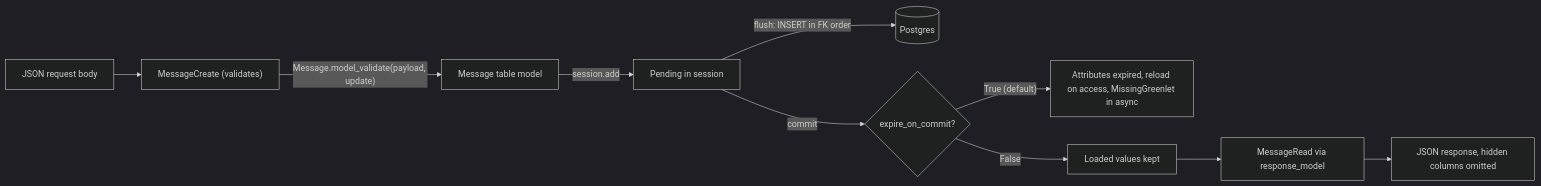
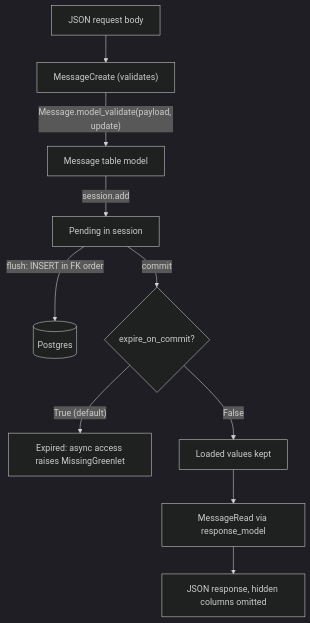
One commit to lovishmahajan97/agentic-learning changed the diagram in content/fastapi-for-ai/sqlalchemy-sqlmodel.md. Above: the diagram before and after it, drawn with Mermaid (dark theme). The commit also changed other lines of this file and 81 other files, not shown here.

````diff
--- a/content/fastapi-for-ai/sqlalchemy-sqlmodel.md
+++ b/content/fastapi-for-ai/sqlalchemy-sqlmodel.md
@@ -113,12 +113,12 @@
 ```mermaid
-flowchart LR
+flowchart TD
     B["JSON request body"] --> C["MessageCreate (validates)"]
     C -->|"Message.model_validate(payload, update)"| T["Message table model"]
     T -->|"session.add"| P["Pending in session"]
     P -->|"flush: INSERT in FK order"| DB[("Postgres")]
     P -->|"commit"| E{"expire_on_commit?"}
-    E -->|"True (default)"| X["Attributes expired, reload on access, MissingGreenlet in async"]
+    E -->|"True (default)"| X["Expired: async access raises MissingGreenlet"]
     E -->|"False"| K["Loaded values kept"]
     K --> R["MessageRead via response_model"]
     R --> O["JSON response, hidden columns omitted"]
 ```
````
